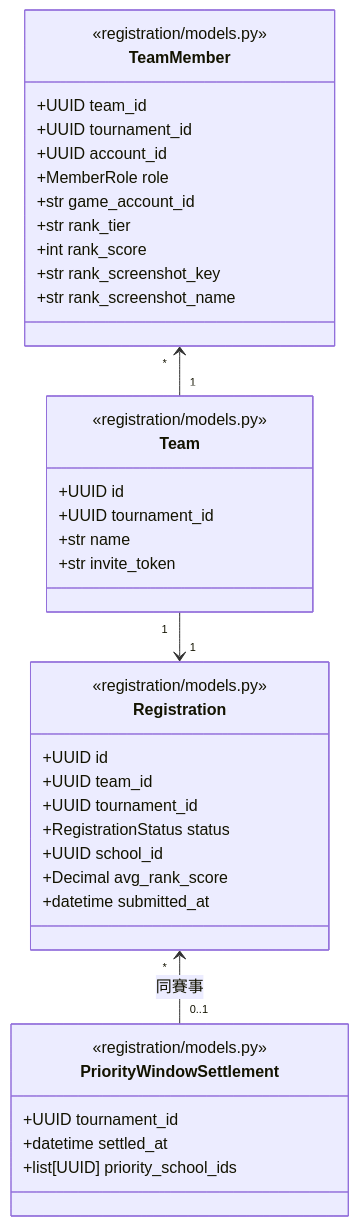
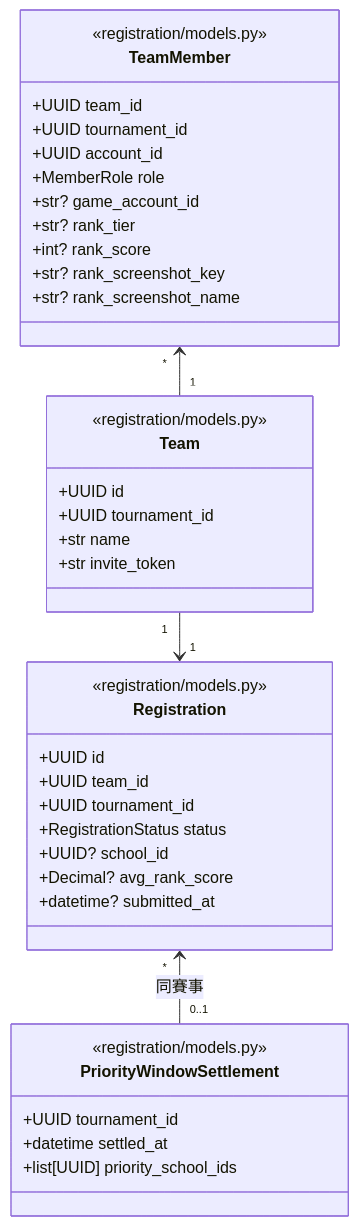
Before and after one commit to Team14good/esport-platform: the eighth of 15 diagrams in docs/midterm/D-物件設計文件.md, drawn with Mermaid. The commit also changed other lines of this file and 23 other files, not shown here.

First line of the commit message:
docs: 依 PR #92 審查修正 B、C、D 的圖與程式標註

````diff
--- a/docs/midterm/D-物件設計文件.md
+++ b/docs/midterm/D-物件設計文件.md
@@ -405,41 +410,41 @@
 ```mermaid
 classDiagram
   class Team {
     <<registration/models.py>>
     +UUID id
     +UUID tournament_id
     +str name
     +str invite_token
   }
   class TeamMember {
     <<registration/models.py>>
     +UUID team_id
     +UUID tournament_id
     +UUID account_id
     +MemberRole role
-    +str game_account_id
-    +str rank_tier
-    +int rank_score
-    +str rank_screenshot_key
-    +str rank_screenshot_name
+    +str? game_account_id
+    +str? rank_tier
+    +int? rank_score
+    +str? rank_screenshot_key
+    +str? rank_screenshot_name
   }
   class Registration {
     <<registration/models.py>>
     +UUID id
     +UUID team_id
     +UUID tournament_id
     +RegistrationStatus status
-    +UUID school_id
-    +Decimal avg_rank_score
-    +datetime submitted_at
+    +UUID? school_id
+    +Decimal? avg_rank_score
+    +datetime? submitted_at
   }
   class PriorityWindowSettlement {
     <<registration/models.py>>
     +UUID tournament_id
     +datetime settled_at
     +list[UUID] priority_school_ids
   }
   TeamMember "*" <-- "1" Team
   Team "1" --> "1" Registration
   Registration "*" <-- "0..1" PriorityWindowSettlement : 同賽事
 ```
````
